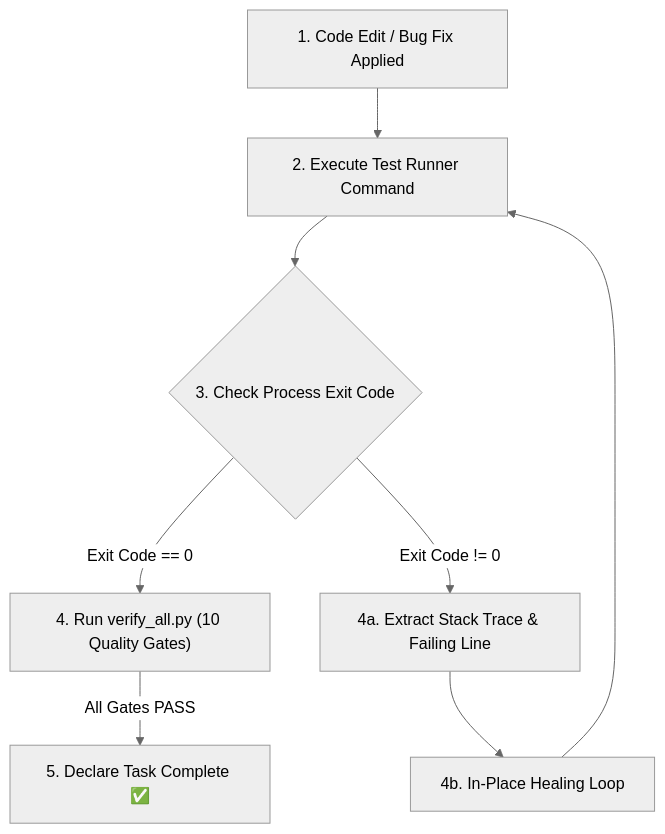
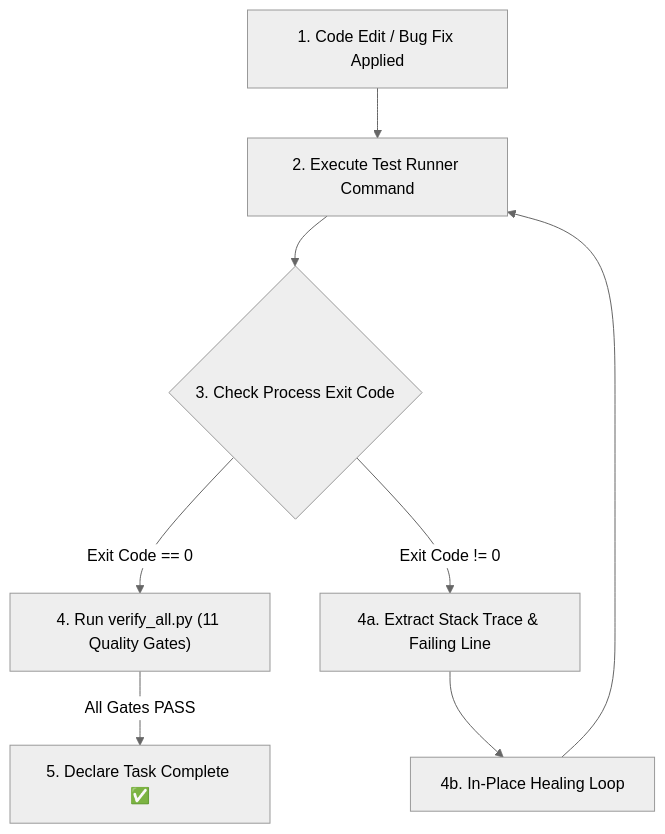
Before and after one commit to TeeVee98/Synapse-Hub: the diagram in .agents/skills/antigravity-test-sentinel/SKILL.md, drawn with Mermaid (neutral theme). The commit also changed 103 other files, not shown here.

Commit message:
feat(perf): introduce Gate 10 Performance & SLA Sentinel and standardize 11 Quality Gates DoD

````diff
--- a/.agents/skills/antigravity-test-sentinel/SKILL.md
+++ b/.agents/skills/antigravity-test-sentinel/SKILL.md
@@ -30,10 +30,10 @@
 ```mermaid
 flowchart TD
     Edit["1. Code Edit / Bug Fix Applied"] --> Run["2. Execute Test Runner Command"]
     Run --> Check{"3. Check Process Exit Code"}
-    Check -- "Exit Code == 0" --> DoD["4. Run verify_all.py (10 Quality Gates)"]
+    Check -- "Exit Code == 0" --> DoD["4. Run verify_all.py (11 Quality Gates)"]
     DoD -- "All Gates PASS" --> Complete["5. Declare Task Complete ✅"]
     Check -- "Exit Code != 0" --> Extract["4a. Extract Stack Trace & Failing Line"]
     Extract --> Heal["4b. In-Place Healing Loop"]
     Heal --> Run
 ```
````
